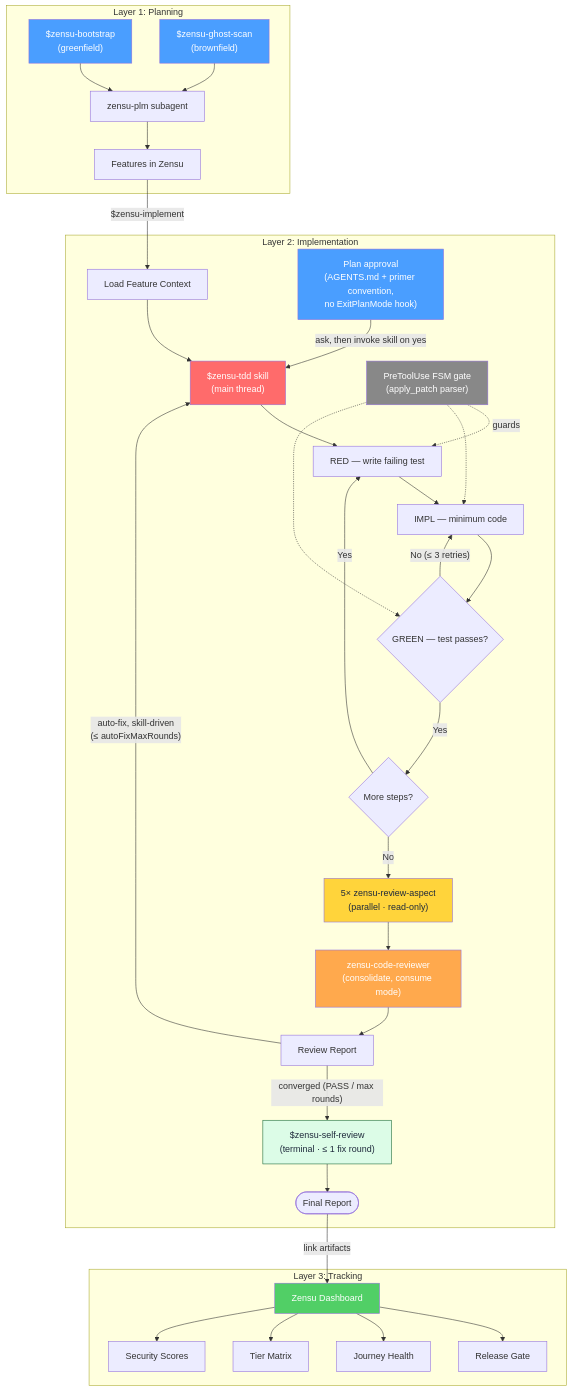
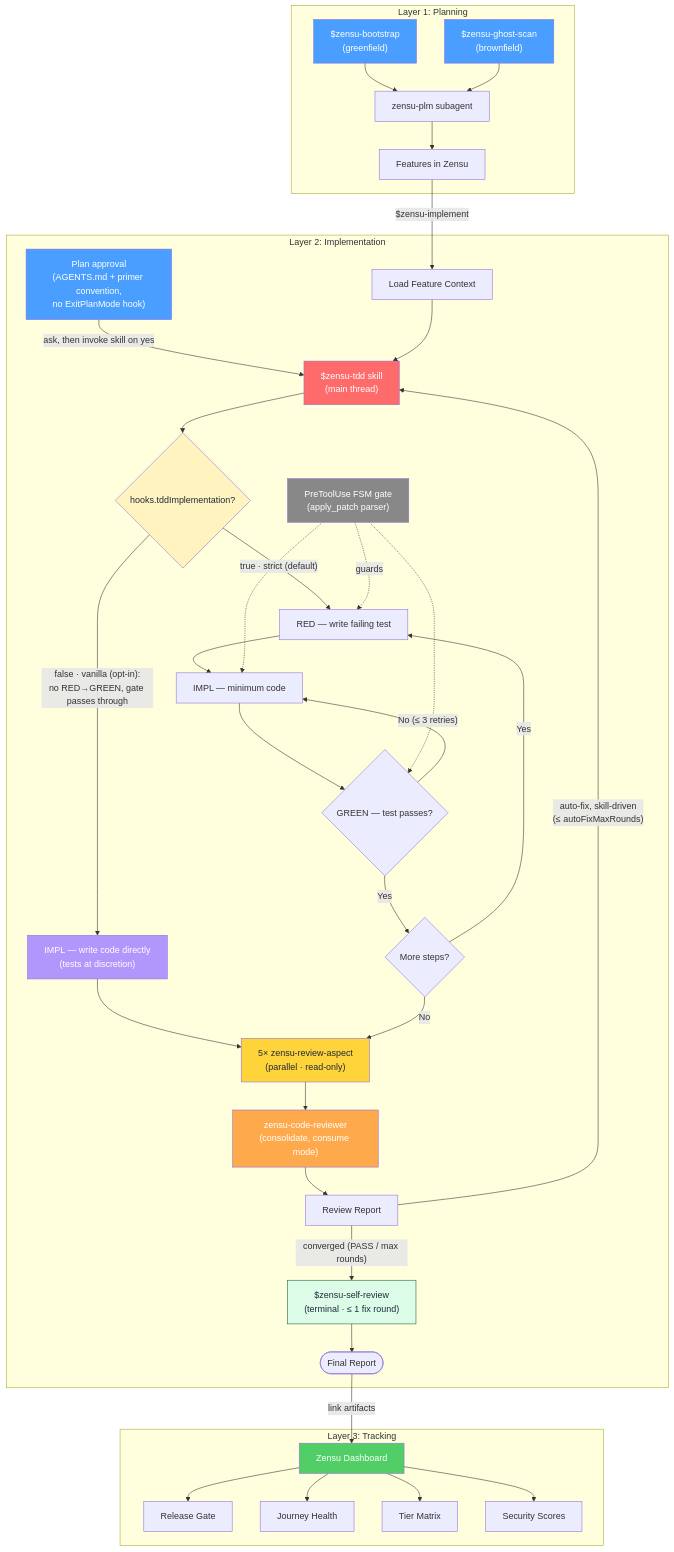
The diagram in README.md (MKITConsulting/zensu-codex), drawn with Mermaid before and after one commit. The commit also changed other lines of this file, not shown here.

Commit message:
docs: show vanilla mode in the workflow diagram
Add a hooks.tddImplementation decision to the Implementation layer: strict
RED→IMPL→GREEN (codex default) keeps the FSM gate; vanilla (opt-in) goes
straight to a direct-implementation node with the gate passing through. Both
paths converge on the same review fan-out → code-reviewer → self-review chain.

````diff
--- a/README.md
+++ b/README.md
@@ -70,47 +73,52 @@
 ```mermaid
 flowchart TD
     subgraph Planning["Layer 1: Planning"]
         A1["$zensu-bootstrap<br/>(greenfield)"] --> B["zensu-plm subagent"]
         A2["$zensu-ghost-scan<br/>(brownfield)"] --> B
         B --> C["Features in Zensu"]
     end
 
     subgraph Implementation["Layer 2: Implementation"]
         C -->|"$zensu-implement"| D["Load Feature Context"]
         PLAIN["Plan approval<br/>(AGENTS.md + primer convention,<br/>no ExitPlanMode hook)"] -->|"ask, then invoke skill on yes"| E
         D --> E["$zensu-tdd skill<br/>(main thread)"]
-        E --> RED["RED — write failing test"]
+        E --> MODE{"hooks.tddImplementation?"}
+        MODE -->|"true · strict (default)"| RED["RED — write failing test"]
+        MODE -->|"false · vanilla (opt-in):<br/>no RED→GREEN, gate passes through"| VAN["IMPL — write code directly<br/>(tests at discretion)"]
+        VAN --> FAN
         RED --> IMPL["IMPL — minimum code"]
         IMPL --> GREEN{"GREEN — test passes?"}
         GREEN -->|"No (≤ 3 retries)"| IMPL
         GREEN -->|"Yes"| NEXT{"More steps?"}
         NEXT -->|"Yes"| RED
         NEXT -->|"No"| FAN["5× zensu-review-aspect<br/>(parallel · read-only)"]
         FAN --> K["zensu-code-reviewer<br/>(consolidate, consume mode)"]
         K --> L["Review Report"]
         L -->|"auto-fix, skill-driven<br/>(≤ autoFixMaxRounds)"| E
         L -->|"converged (PASS / max rounds)"| SR["$zensu-self-review<br/>(terminal · ≤ 1 fix round)"]
         SR --> FR(["Final Report"])
         GATE["PreToolUse FSM gate<br/>(apply_patch parser)"] -.guards.-> RED
         GATE -.-> IMPL
         GATE -.-> GREEN
     end
 
     subgraph Tracking["Layer 3: Tracking"]
         FR -->|"link artifacts"| M["Zensu Dashboard"]
         M --> Q["Release Gate"]
         M --> P["Journey Health"]
         M --> O["Tier Matrix"]
         M --> N["Security Scores"]
     end
 
     style A1 fill:#4a9eff,color:#fff
     style A2 fill:#4a9eff,color:#fff
     style PLAIN fill:#4a9eff,color:#fff
     style E fill:#ff6b6b,color:#fff
+    style MODE fill:#fff3bf,color:#1e293b
+    style VAN fill:#b197fc,color:#fff
     style GATE fill:#888,color:#fff
     style FAN fill:#ffd43b,color:#1e293b
     style K fill:#ffa94d,color:#fff
     style SR fill:#dcfce7,stroke:#166534,color:#1e293b
     style M fill:#51cf66,color:#fff
 ```
````
